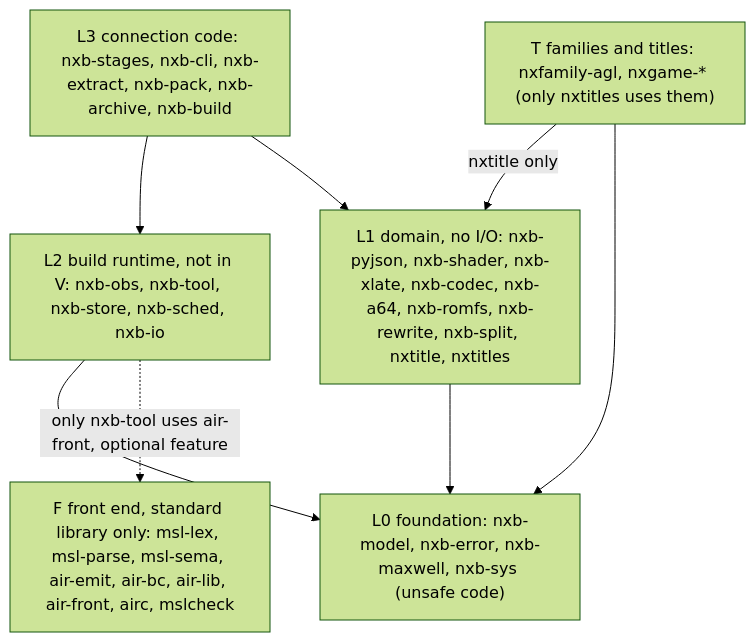
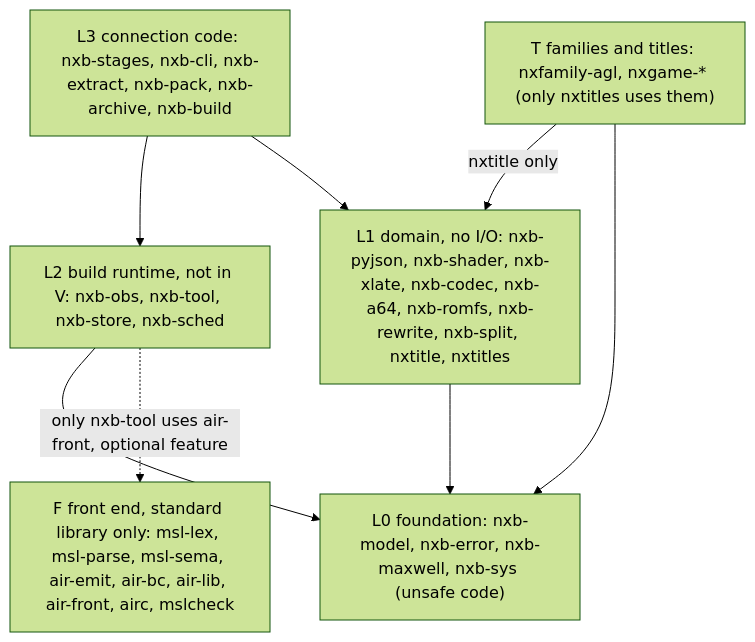
Before and after one commit to b4f8abbb24dbf56a7d0280f296e16eeb/nxkit: the first of 3 diagrams in docs/architecture.md, drawn with Mermaid (forest theme). The commit also changed other lines of this file and 45 other files, not shown here.

````diff
--- a/docs/architecture.md
+++ b/docs/architecture.md
@@ -24,14 +24,14 @@
 ```mermaid
 flowchart TD
   L3["L3 connection code: nxb-stages, nxb-cli, nxb-extract, nxb-pack, nxb-archive, nxb-build"]
-  L2["L2 build runtime, not in V: nxb-obs, nxb-tool, nxb-store, nxb-sched, nxb-io"]
+  L2["L2 build runtime, not in V: nxb-obs, nxb-tool, nxb-store, nxb-sched"]
   L1["L1 domain, no I/O: nxb-pyjson, nxb-shader, nxb-xlate, nxb-codec, nxb-a64, nxb-romfs, nxb-rewrite, nxb-split, nxtitle, nxtitles"]
   L0["L0 foundation: nxb-model, nxb-error, nxb-maxwell, nxb-sys (unsafe code)"]
   LT["T families and titles: nxfamily-agl, nxgame-* (only nxtitles uses them)"]
   LF["F front end, standard library only: msl-lex, msl-parse, msl-sema, air-emit, air-bc, air-lib, air-front, airc, mslcheck"]
   L3 --> L2 --> L0
   L3 --> L1 --> L0
   LT -->|nxtitle only| L1
   LT --> L0
   L2 -.->|only nxb-tool uses air-front, optional feature| LF
 ```
````
